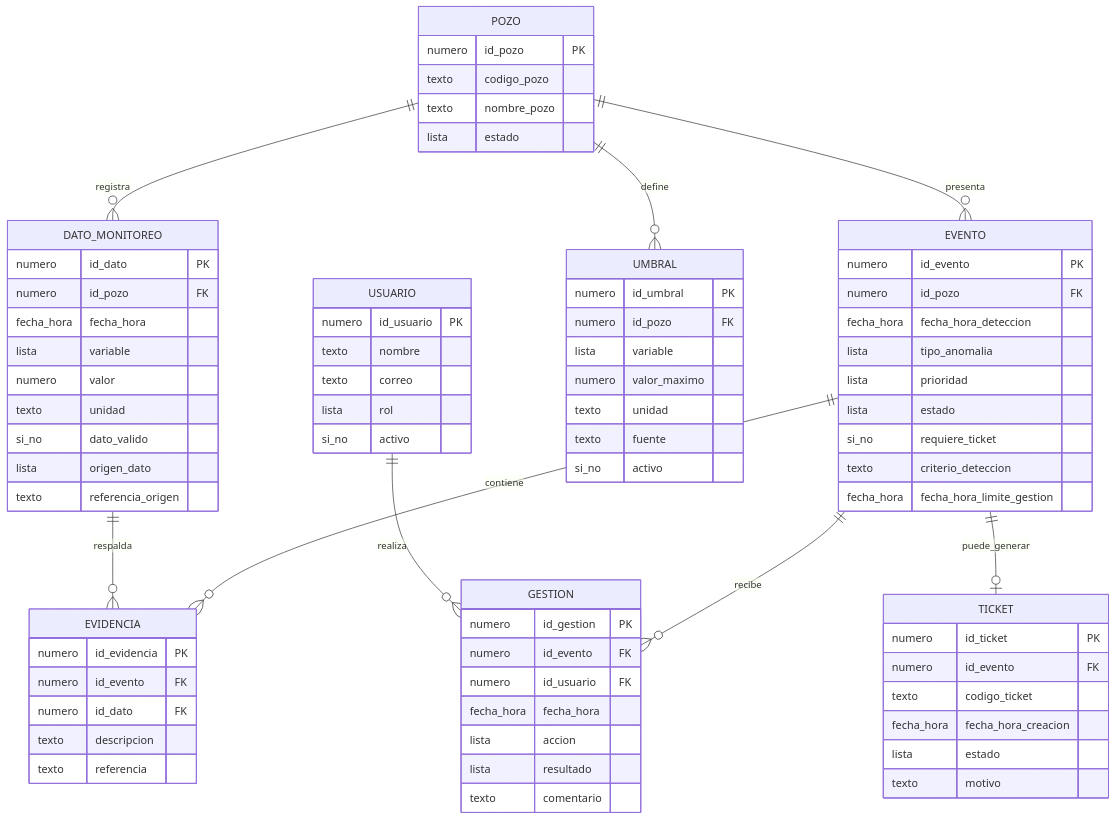
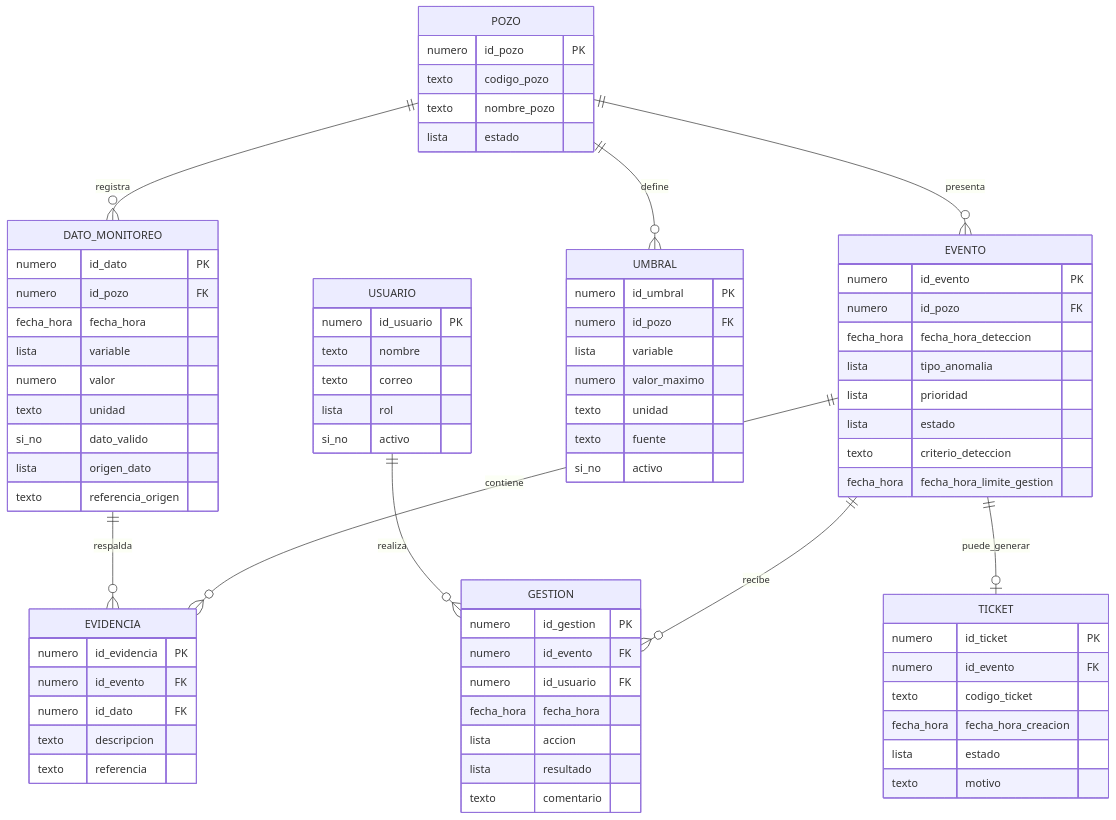
Before and after one commit to felipeivan92/PROYECTOPOZOSAPP: the diagram in docs/datos/estructura_datos.md, drawn with Mermaid. The commit also changed other lines of this file, not shown here.

Commit message:
Corrige decisión de ticket y estados de eventos

```diff
--- a/docs/datos/estructura_datos.md
+++ b/docs/datos/estructura_datos.md
@@ -59,7 +59,6 @@
         lista tipo_anomalia
         lista prioridad
         lista estado
-        si_no requiere_ticket
         texto criterio_deteccion
         fecha_hora fecha_hora_limite_gestion
     }
```
